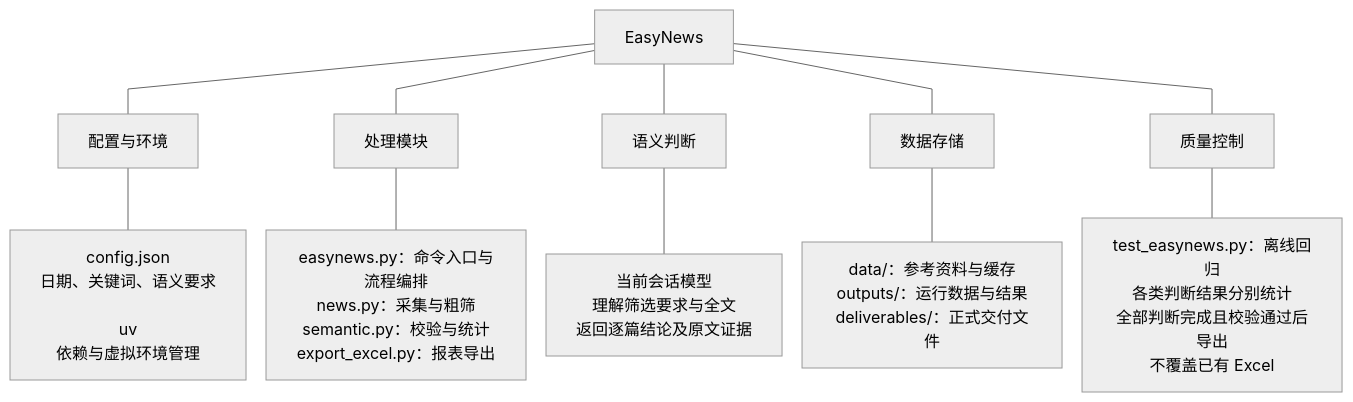
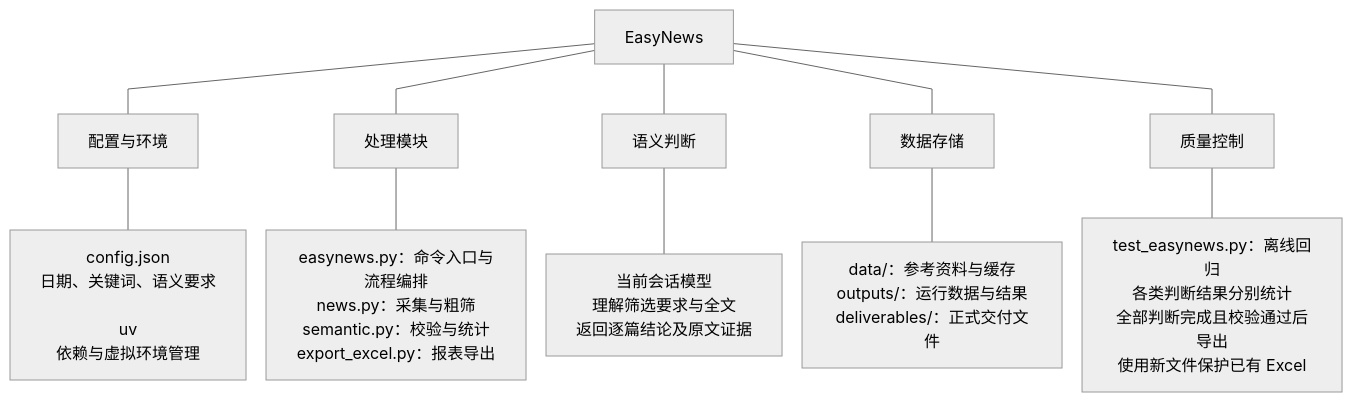
One commit to chenpey/easy changed the diagram in easynews/README.md. Above: the diagram before and after it, drawn with Mermaid. The commit also changed other lines of this file and 26 other files, not shown here.

````diff
--- a/easynews/README.md
+++ b/easynews/README.md
@@ -28,17 +28,17 @@
 ```mermaid
 %%{init: {"theme": "neutral", "flowchart": {"curve": "linear", "nodeSpacing": 20}}}%%
 flowchart TB
     root["EasyNews"]
 
     root --- config["配置与环境"]
     root --- modules["处理模块"]
     root --- model["语义判断"]
     root --- storage["数据存储"]
     root --- quality["质量控制"]
 
     config --- config_detail["config.json<br/>日期、关键词、语义要求<br/><br/>uv<br/>依赖与虚拟环境管理"]
     modules --- modules_detail["easynews.py：命令入口与流程编排<br/>news.py：采集与粗筛<br/>semantic.py：校验与统计<br/>export_excel.py：报表导出"]
     model --- model_detail["当前会话模型<br/>理解筛选要求与全文<br/>返回逐篇结论及原文证据"]
     storage --- storage_detail["data/：参考资料与缓存<br/>outputs/：运行数据与结果<br/>deliverables/：正式交付文件"]
-    quality --- quality_detail["test_easynews.py：离线回归<br/>各类判断结果分别统计<br/>全部判断完成且校验通过后导出<br/>不覆盖已有 Excel"]
+    quality --- quality_detail["test_easynews.py：离线回归<br/>各类判断结果分别统计<br/>全部判断完成且校验通过后导出<br/>使用新文件保护已有 Excel"]
 ```
````
